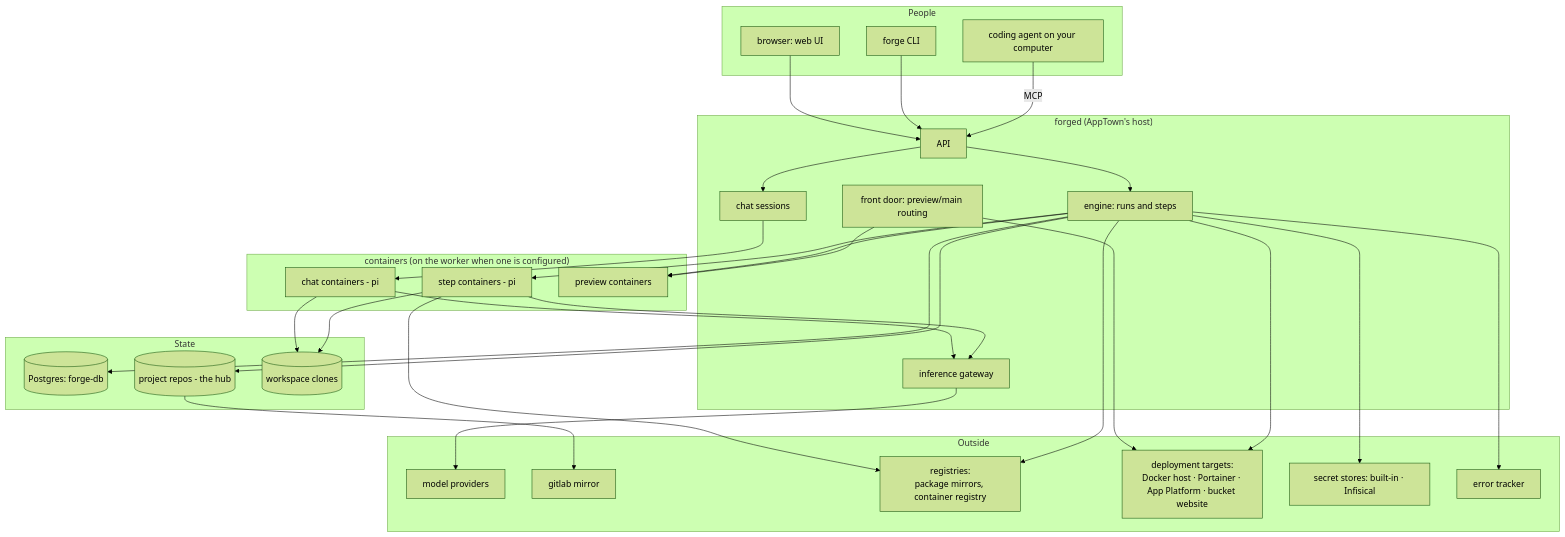
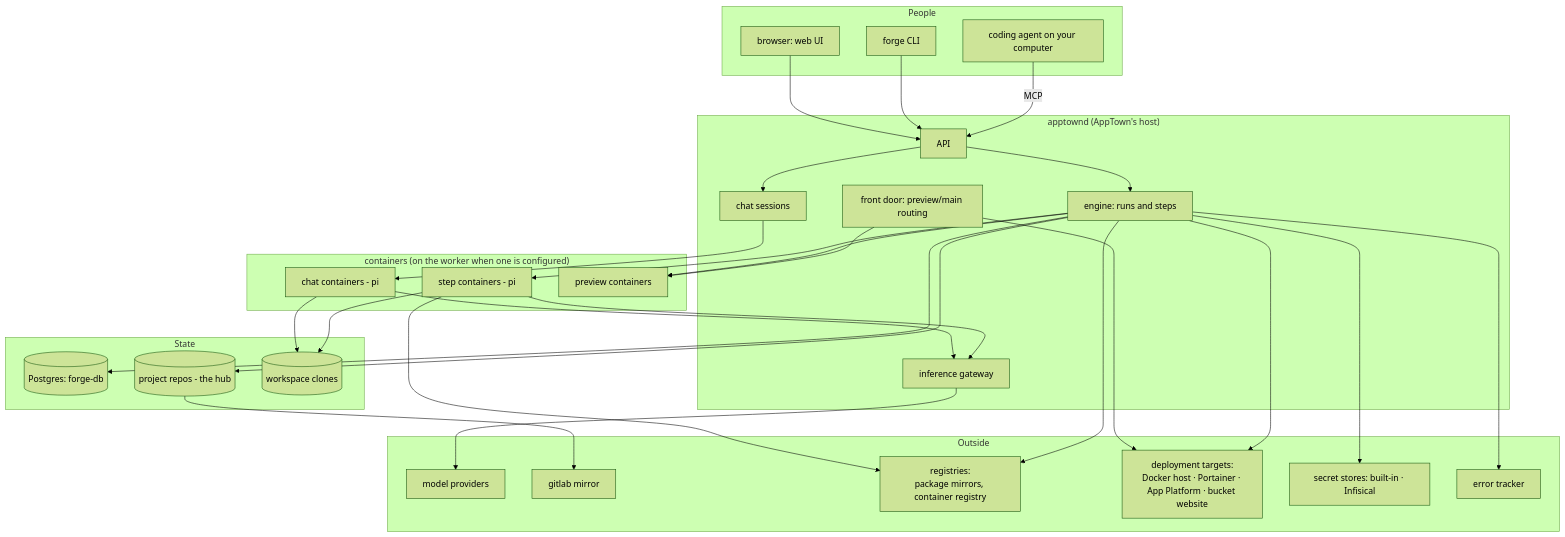
One commit to flokkit/apptown changed the first of 14 diagrams in stock/docs/guides/architecture.md. Above: the diagram before and after it, drawn with Mermaid (forest theme). The commit also changed other lines of this file and 483 other files, not shown here.

````diff
--- a/stock/docs/guides/architecture.md
+++ b/stock/docs/guides/architecture.md
@@ -25,58 +25,58 @@
 ```mermaid
 flowchart TD
     subgraph People
         B[browser: web UI]
         C[forge CLI]
         AG[coding agent on your computer]
     end
-    subgraph forged["forged (AppTown's host)"]
+    subgraph apptownd["apptownd (AppTown's host)"]
         API[API]
         ENG[engine: runs and steps]
         CON[chat sessions]
         VH[front door: preview/main routing]
         GW[inference gateway]
     end
     subgraph Containers["containers (on the worker when one is configured)"]
         CC[chat containers - pi]
         SC[step containers - pi]
         PV[preview containers]
     end
     subgraph State
         DB[(Postgres: forge-db)]
         HUB[(project repos - the hub)]
         WS[(workspace clones)]
     end
     subgraph Outside
         M[model providers]
         GL[gitlab mirror]
         NX[registries:
 package mirrors, container registry]
         TG[deployment targets:
 Docker host · Portainer · App Platform · bucket website]
         SS[secret stores: built-in · Infisical]
         ER[error tracker]
     end
     B --> API
     C --> API
     AG -->|MCP| API
     API --> ENG
     API --> CON
     ENG --> SC
     CON --> CC
     ENG --> PV
     VH --> PV
     VH --> TG
     ENG --> DB
     ENG --> HUB
     CC --> WS
     SC --> WS
     CC --> GW
     SC --> GW
     GW --> M
     HUB --> GL
     SC --> NX
     ENG --> NX
     ENG --> TG
     ENG --> SS
     ENG --> ER
 ```
````
